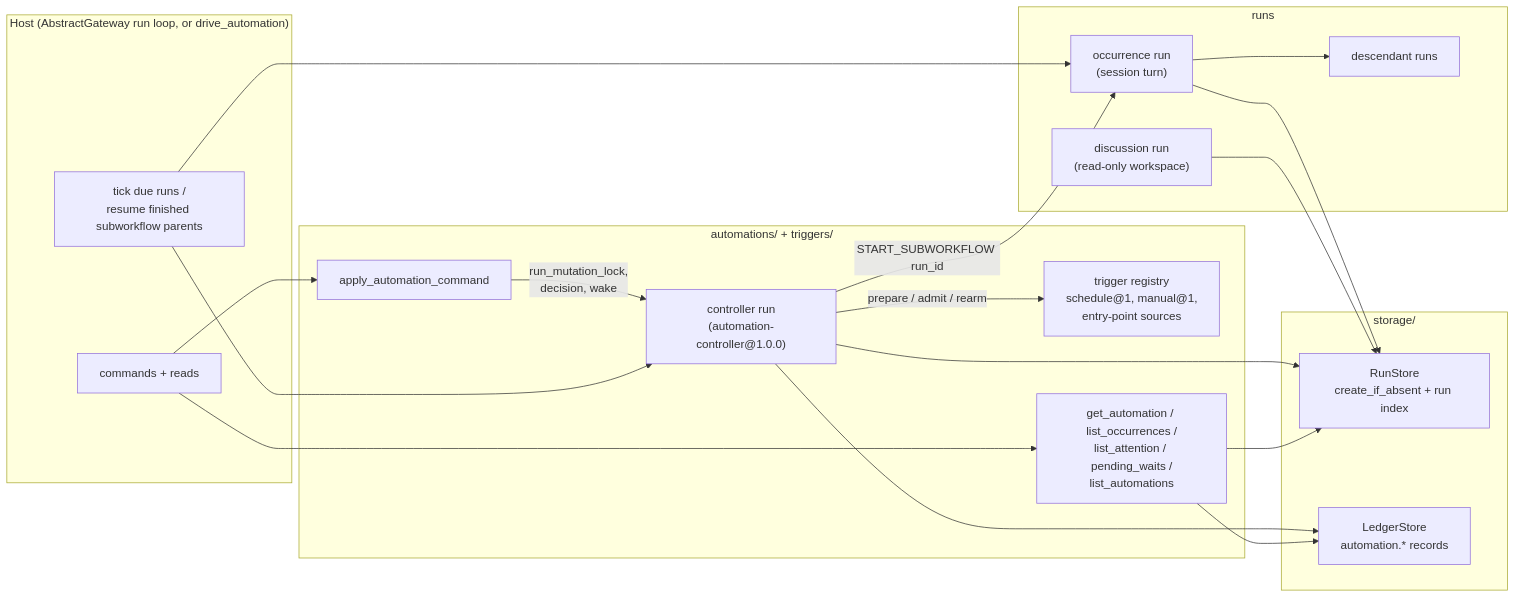
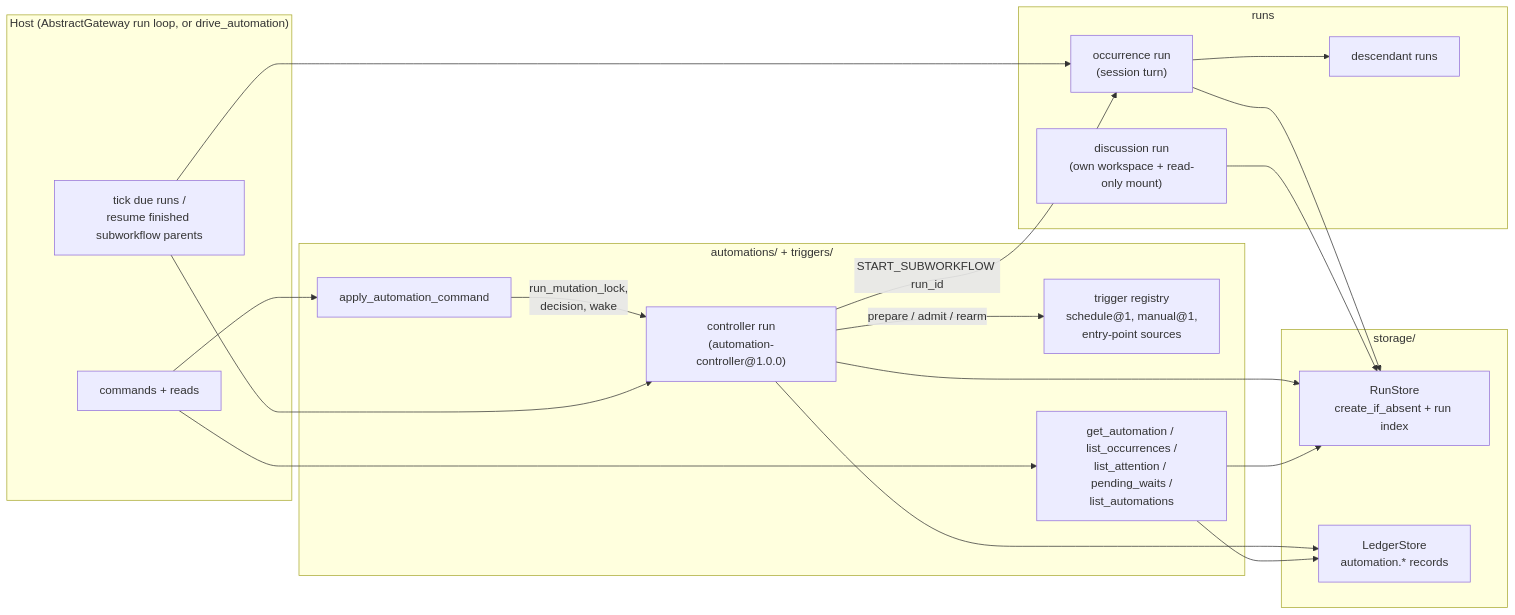
The seventh of 7 diagrams in docs/architecture.md (lpalbou/AbstractRuntime), drawn with Mermaid before and after one commit. The commit also changed other lines of this file and 8 other files, not shown here.

First line of the commit message:
docs(automations): discussions work in their own workspace with the automation's workspace as a read-only mount

````diff
--- a/docs/architecture.md
+++ b/docs/architecture.md
@@ -326,37 +326,37 @@
 ```mermaid
 flowchart LR
   subgraph Host["Host (AbstractGateway run loop, or drive_automation)"]
     Loop["tick due runs /<br/>resume finished subworkflow parents"]
     API["commands + reads"]
   end
   subgraph Automations["automations/ + triggers/"]
     Commands["apply_automation_command"]
     Controller["controller run<br/>(automation-controller@1.0.0)"]
     Triggers["trigger registry<br/>schedule@1, manual@1,<br/>entry-point sources"]
     Queries["get_automation / list_occurrences /<br/>list_attention / pending_waits /<br/>list_automations"]
   end
   subgraph Runs["runs"]
     Occ["occurrence run<br/>(session turn)"]
     Desc["descendant runs"]
-    Disc["discussion run<br/>(read-only workspace)"]
+    Disc["discussion run<br/>(own workspace + read-only mount)"]
   end
   subgraph Stores["storage/"]
     RS["RunStore<br/>create_if_absent + run index"]
     LS["LedgerStore<br/>automation.* records"]
   end
 
   API --> Commands
   API --> Queries
   Commands -->|"run_mutation_lock,<br/>decision, wake"| Controller
   Loop --> Controller
   Loop --> Occ
   Controller -->|"prepare / admit / rearm"| Triggers
   Controller -->|"START_SUBWORKFLOW run_id"| Occ
   Occ --> Desc
   Controller --> RS
   Controller --> LS
   Occ --> RS
   Disc --> RS
   Queries --> RS
   Queries --> LS
 ```
````
